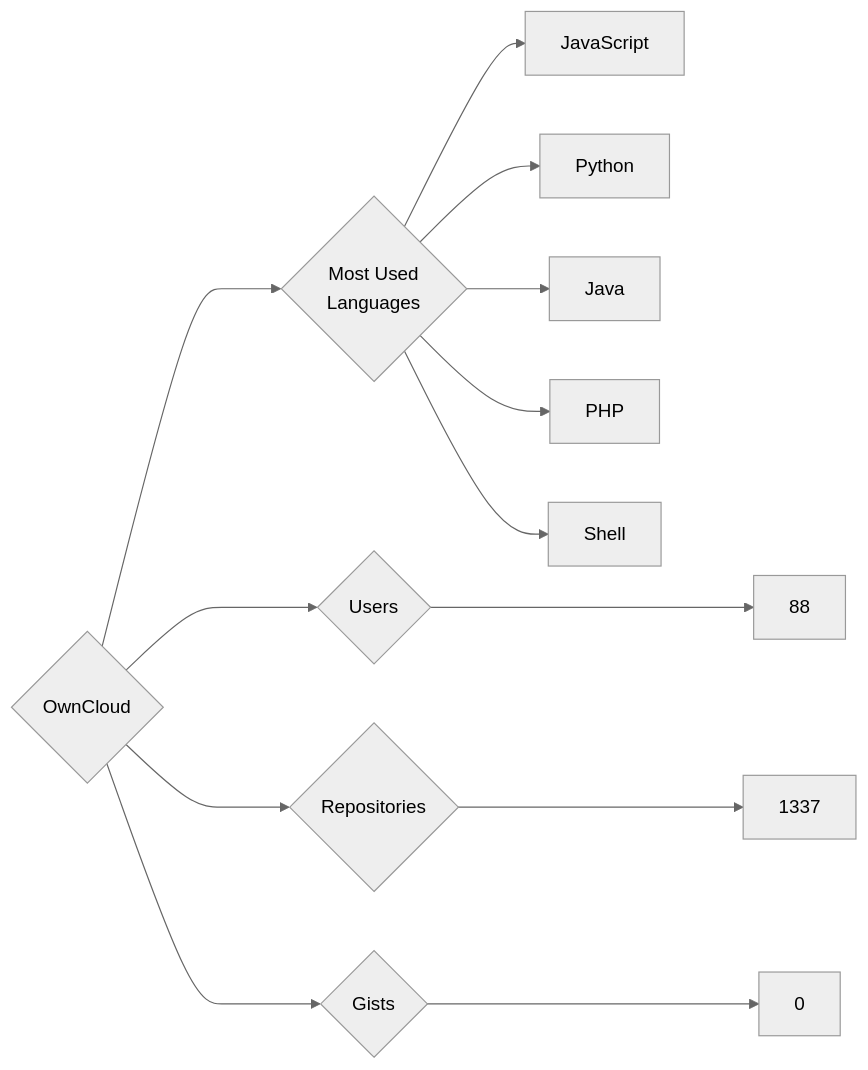
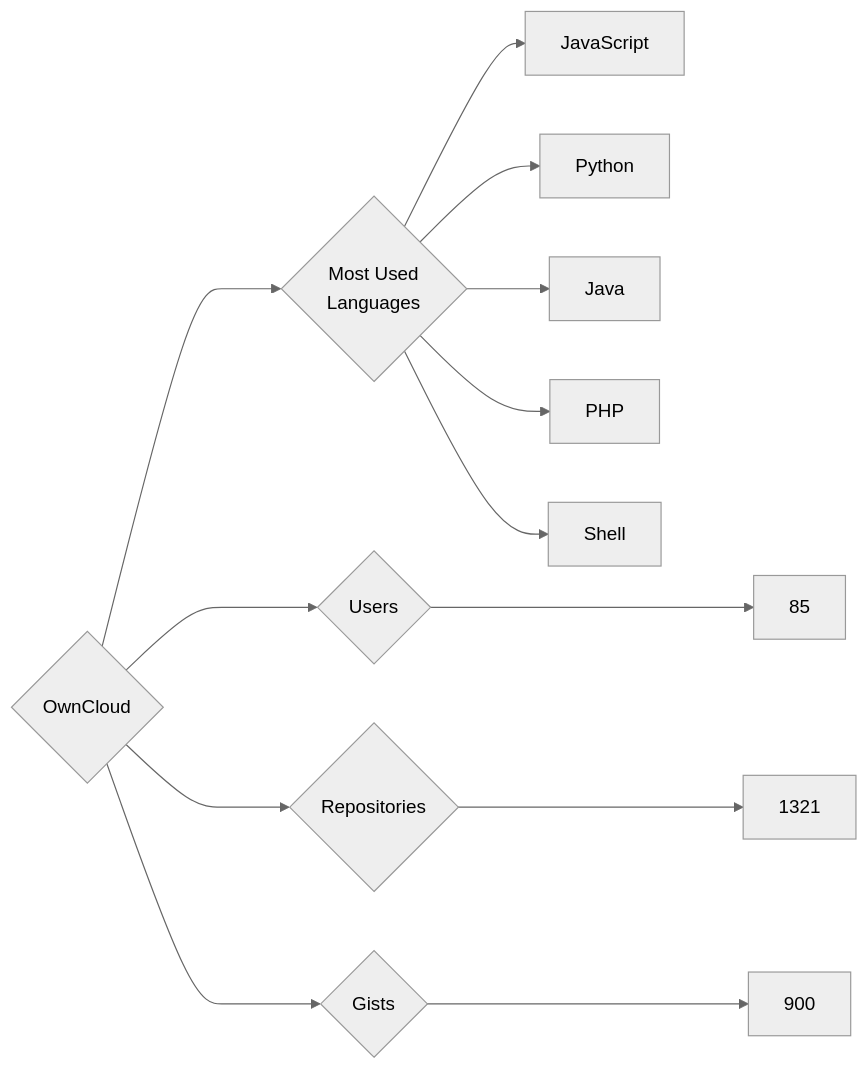
The diagram in targets/OwnCloud/README.md (trickest/insiders), drawn with Mermaid (neutral theme) before and after one commit. The commit also changed 997 other files, not shown here.

````diff
--- a/targets/OwnCloud/README.md
+++ b/targets/OwnCloud/README.md
@@ -3,13 +3,13 @@
 ```mermaid
 graph LR
 COMPANY_NAME{OwnCloud}
-COMPANY_NAME ---> U{Users} ---> UN[88]
-COMPANY_NAME ---> R{Repositories} ---> RN[1337]
-COMPANY_NAME ---> G{Gists} ---> GN[0]
+COMPANY_NAME ---> U{Users} ---> UN[85]
+COMPANY_NAME ---> R{Repositories} ---> RN[1321]
+COMPANY_NAME ---> G{Gists} ---> GN[900]
 COMPANY_NAME ---> ML{Most Used<br>Languages}
-ML --> JavaScript
-ML --> Python
-ML --> Java
-ML --> PHP
-ML --> Shell
+ML --> JavaScript[JavaScript]
+ML --> Python[Python]
+ML --> Java[Java]
+ML --> PHP[PHP]
+ML --> Shell[Shell]
 ```
````
